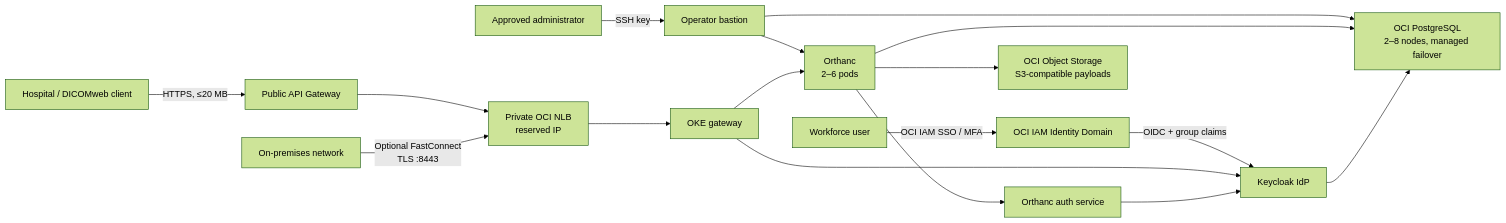
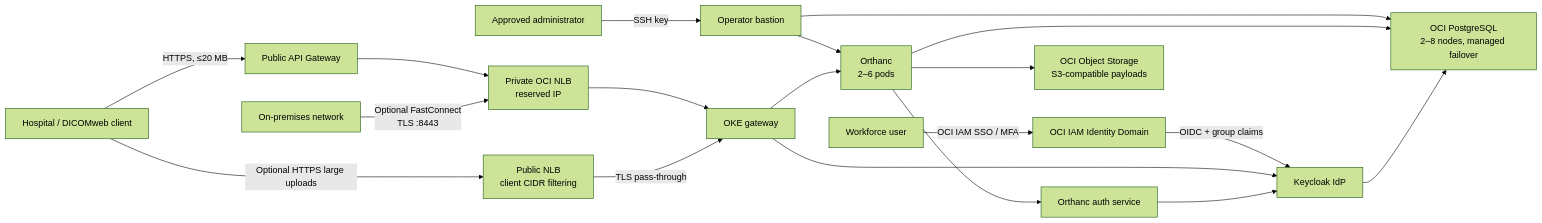
One commit to dranicu/oci-dicom-store changed the diagram in README.md. Above: the diagram before and after it, drawn with Mermaid (forest theme). The commit also changed other lines of this file and 15 other files, not shown here.

Commit message:
feat: add restricted HTTPS NLB endpoint for large DICOM uploads

````diff
--- a/README.md
+++ b/README.md
@@ -33,19 +34,21 @@
 ```mermaid
 flowchart LR
   Client["Hospital / DICOMweb client"] -->|"HTTPS, ≤20 MB"| APIGW["Public API Gateway"]
   User["Workforce user"] -->|"OCI IAM SSO / MFA"| OCIID["OCI IAM Identity Domain"]
   OCIID -->|"OIDC + group claims"| KC
   Admin["Approved administrator"] -->|"SSH key"| Bastion["Operator bastion"]
   APIGW --> NLB["Private OCI NLB<br/>reserved IP"]
   Bastion --> OKE
   Bastion --> PG
   NLB --> Proxy["OKE gateway"]
+  Client -->|"Optional HTTPS large uploads"| UploadNLB["Public NLB<br/>client CIDR filtering"]
+  UploadNLB -->|"TLS pass-through"| Proxy
   Proxy --> OKE["Orthanc<br/>2–6 pods"]
   Proxy --> KC["Keycloak IdP"]
   OKE --> Auth["Orthanc auth service"]
   Auth --> KC
   OKE --> PG["OCI PostgreSQL<br/>2–8 nodes, managed failover"]
   KC --> PG
   OKE --> OS["OCI Object Storage<br/>S3-compatible payloads"]
   OnPrem["On-premises network"] -->|"Optional FastConnect<br/>TLS :8443"| NLB
 ```
````
